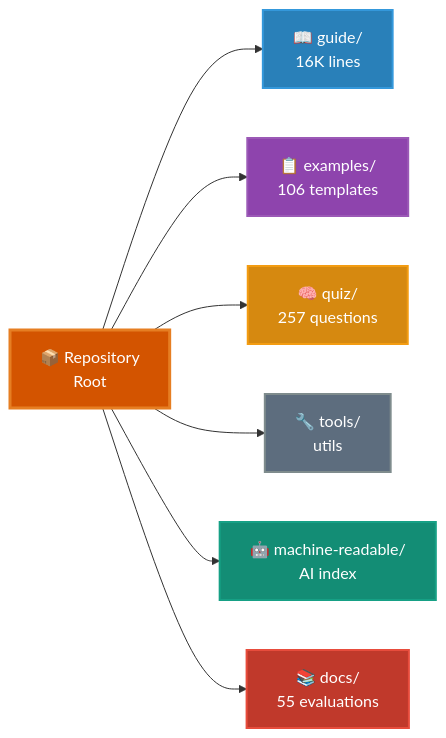
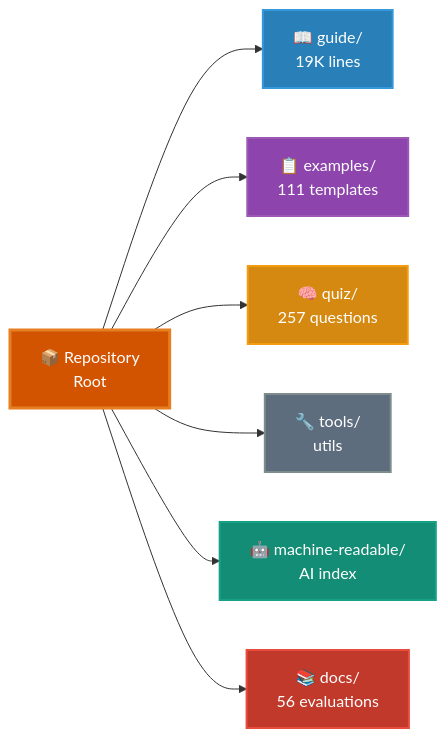
One commit to scostello/claude-code-ultimate-guide changed the diagram in README.md. Above: the diagram before and after it, drawn with Mermaid. The commit also changed other lines of this file and 3 other files, not shown here.

````diff
--- a/README.md
+++ b/README.md
@@ -65,19 +65,19 @@
 ```mermaid
 graph LR
     root[📦 Repository<br/>Root]
 
-    root --> guide[📖 guide/<br/>16K lines]
-    root --> examples[📋 examples/<br/>106 templates]
+    root --> guide[📖 guide/<br/>19K lines]
+    root --> examples[📋 examples/<br/>111 templates]
     root --> quiz[🧠 quiz/<br/>257 questions]
     root --> tools[🔧 tools/<br/>utils]
     root --> machine[🤖 machine-readable/<br/>AI index]
-    root --> docs[📚 docs/<br/>55 evaluations]
+    root --> docs[📚 docs/<br/>56 evaluations]
 
     style root fill:#d35400,stroke:#e67e22,stroke-width:3px,color:#fff
     style guide fill:#2980b9,stroke:#3498db,stroke-width:2px,color:#fff
     style examples fill:#8e44ad,stroke:#9b59b6,stroke-width:2px,color:#fff
     style quiz fill:#d68910,stroke:#f39c12,stroke-width:2px,color:#fff
     style tools fill:#5d6d7e,stroke:#7f8c8d,stroke-width:2px,color:#fff
     style machine fill:#138d75,stroke:#16a085,stroke-width:2px,color:#fff
     style docs fill:#c0392b,stroke:#e74c3c,stroke-width:2px,color:#fff
 ```
````
